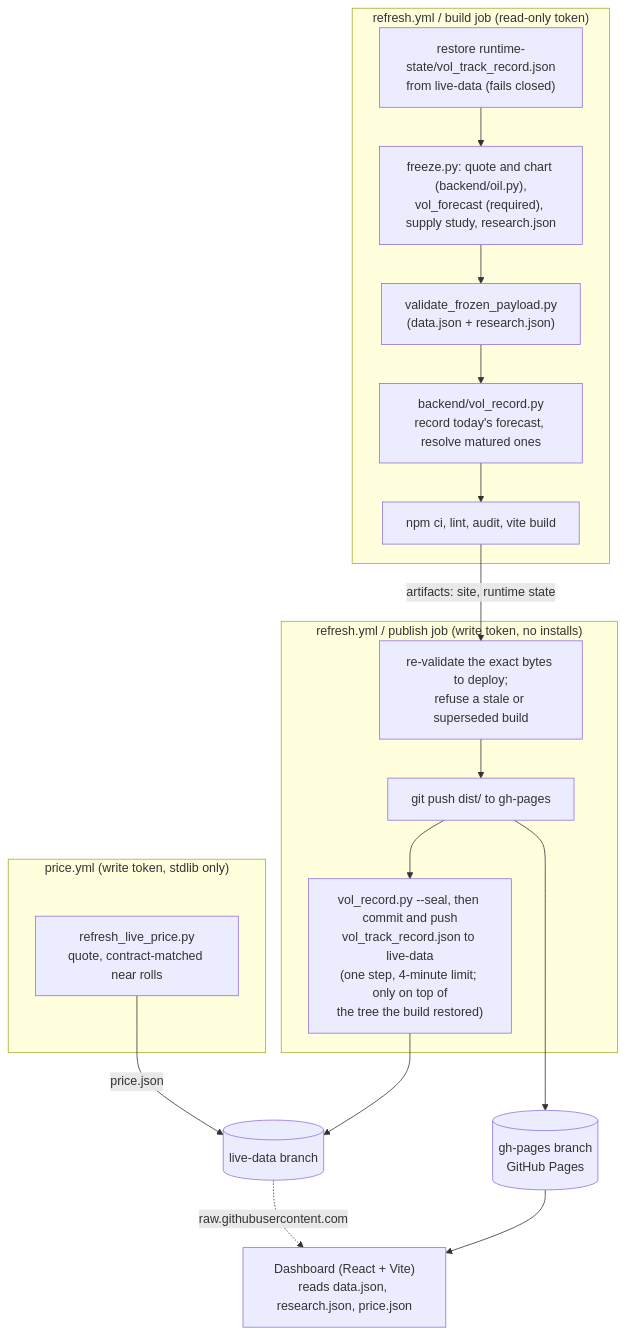
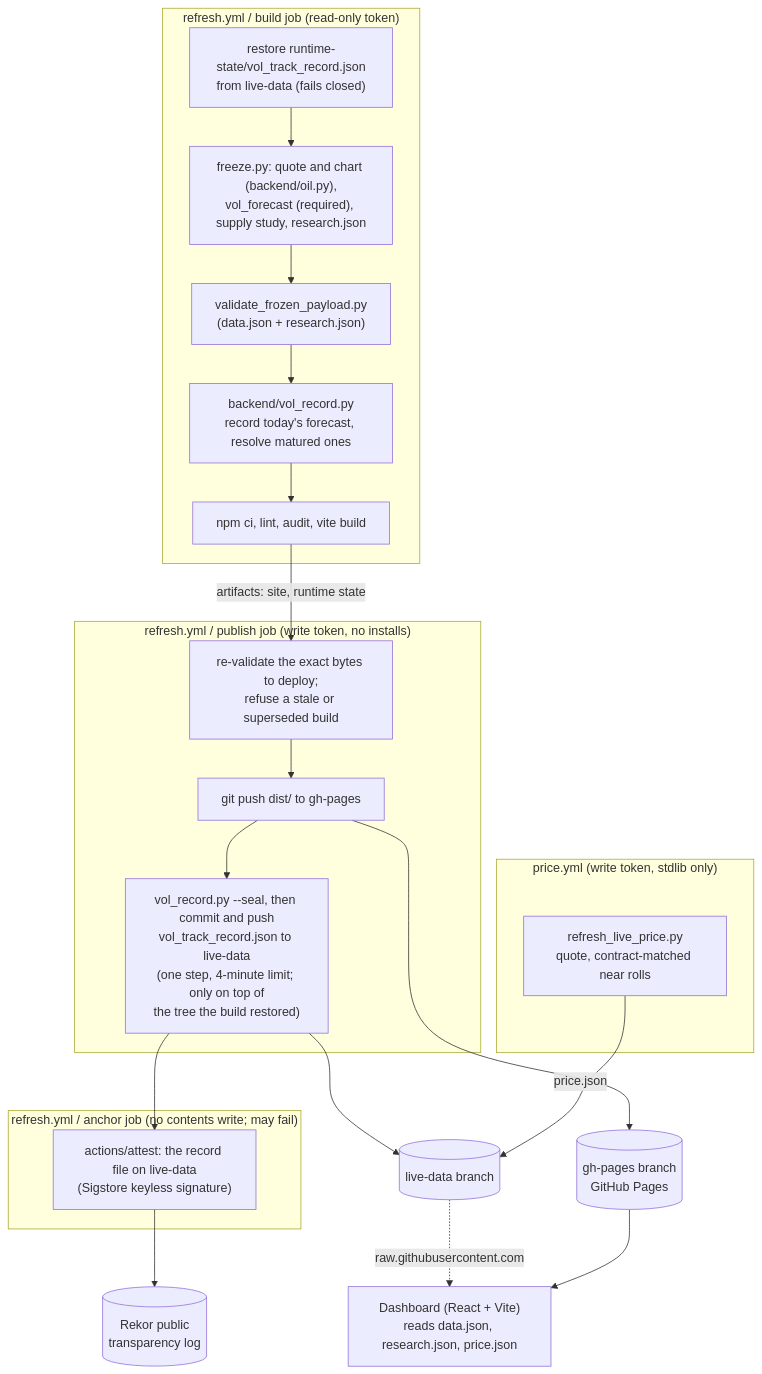
Before and after one commit to NavnoorBawa/WTI-Crude-Oil-Futures: the second of 2 diagrams in docs/ARCHITECTURE.md, drawn with Mermaid. The commit also changed other lines of this file and 11 other files, not shown here.

First line of the commit message:
Live record: an independent timestamp in Sigstore's Rekor log (ROADMAP 1.3, first part) (#82)

````diff
--- a/docs/ARCHITECTURE.md
+++ b/docs/ARCHITECTURE.md
@@ -70,26 +70,30 @@
 ```mermaid
 flowchart TB
     subgraph build["refresh.yml / build job (read-only token)"]
         R1["restore runtime-state/vol_track_record.json<br/>from live-data (fails closed)"]
         F1["freeze.py: quote and chart (backend/oil.py),<br/>vol_forecast (required), supply study, research.json"]
         V1["validate_frozen_payload.py<br/>(data.json + research.json)"]
         VR["backend/vol_record.py<br/>record today's forecast, resolve matured ones"]
         NB["npm ci, lint, audit, vite build"]
         R1 --> F1 --> V1 --> VR --> NB
     end
     subgraph publish["refresh.yml / publish job (write token, no installs)"]
         P1["re-validate the exact bytes to deploy;<br/>refuse a stale or superseded build"]
         P2["git push dist/ to gh-pages"]
         P3["vol_record.py --seal, then commit and push<br/>vol_track_record.json to live-data<br/>(one step, 4-minute limit; only on top of<br/>the tree the build restored)"]
         P1 --> P2 --> P3
     end
+    subgraph anchor["refresh.yml / anchor job (no contents write; may fail)"]
+        AT["actions/attest: the record file on live-data<br/>(Sigstore keyless signature)"]
+    end
+    P3 --> AT --> RK[("Rekor public<br/>transparency log")]
     NB -- "artifacts: site, runtime state" --> P1
     subgraph price["price.yml (write token, stdlib only)"]
         Q["refresh_live_price.py<br/>quote, contract-matched near rolls"]
     end
     Q -- "price.json" --> LD[("live-data branch")]
     P3 --> LD
     P2 --> GP[("gh-pages branch<br/>GitHub Pages")]
     GP --> UI["Dashboard (React + Vite)<br/>reads data.json, research.json, price.json"]
     LD -. "raw.githubusercontent.com" .-> UI
 ```
````
